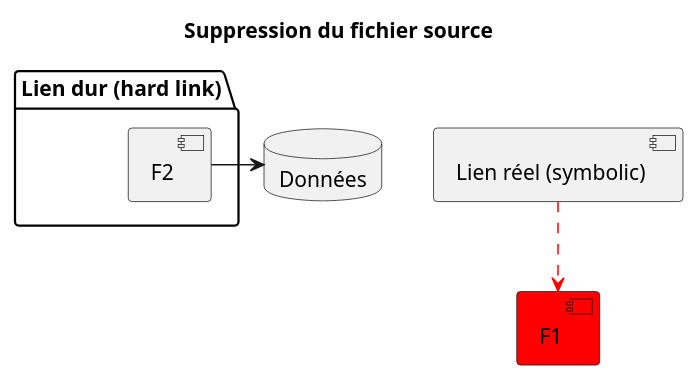
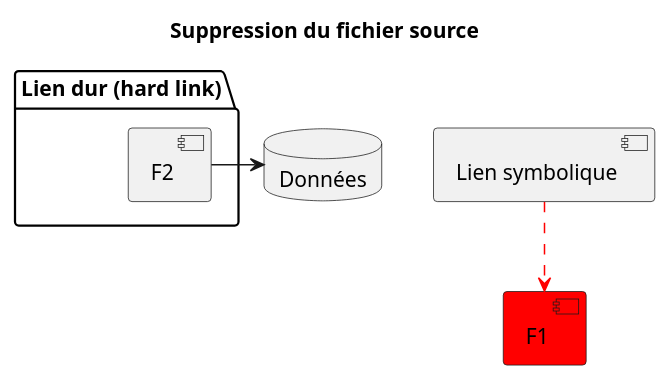
One commit to tavenel/website changed the second of 2 diagrams in src/courses/linux/cours-liens.md. Above: the diagram before and after it, drawn with PlantUML. The commit also changed 2 other files, not shown here.

Commit message:
esgi b3-al linux -- cleanup

````diff
--- a/src/courses/linux/cours-liens.md
+++ b/src/courses/linux/cours-liens.md
@@ -51,18 +51,18 @@
 ```plantuml
 @startuml
 title: Suppression du fichier source
 
 folder "Lien dur (hard link)" {
   [F2]
 }
 
-[Lien réel (symbolic)] as F3
+[Lien symbolique] as F3
 
 database "Données" as data {
 }
 
 [F2] -> data
 [F1] #red
 [F3] ..> F1 #red
 @enduml
 ```
````
